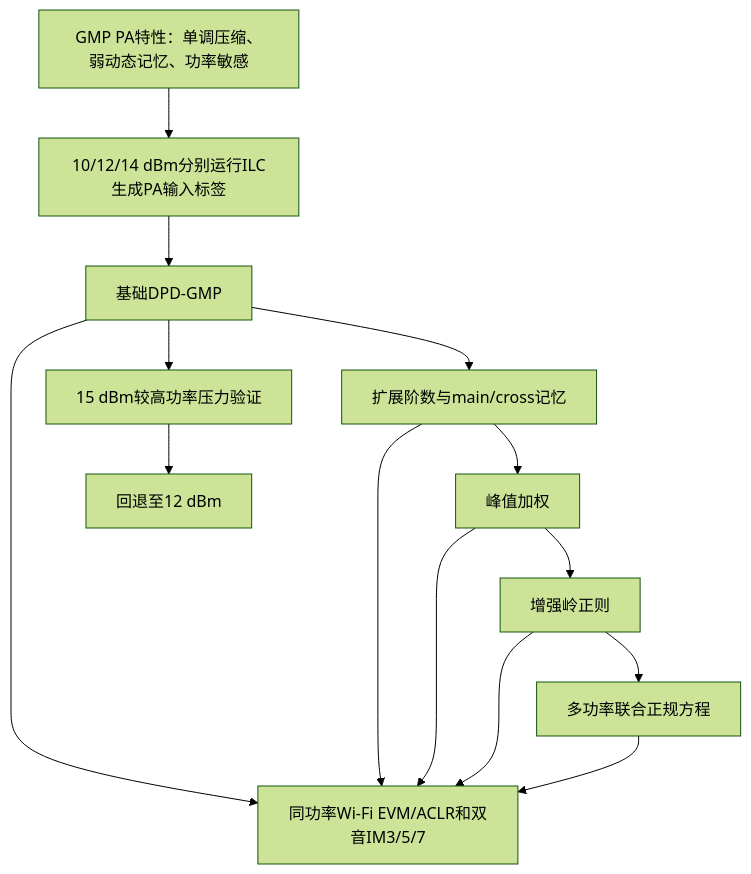
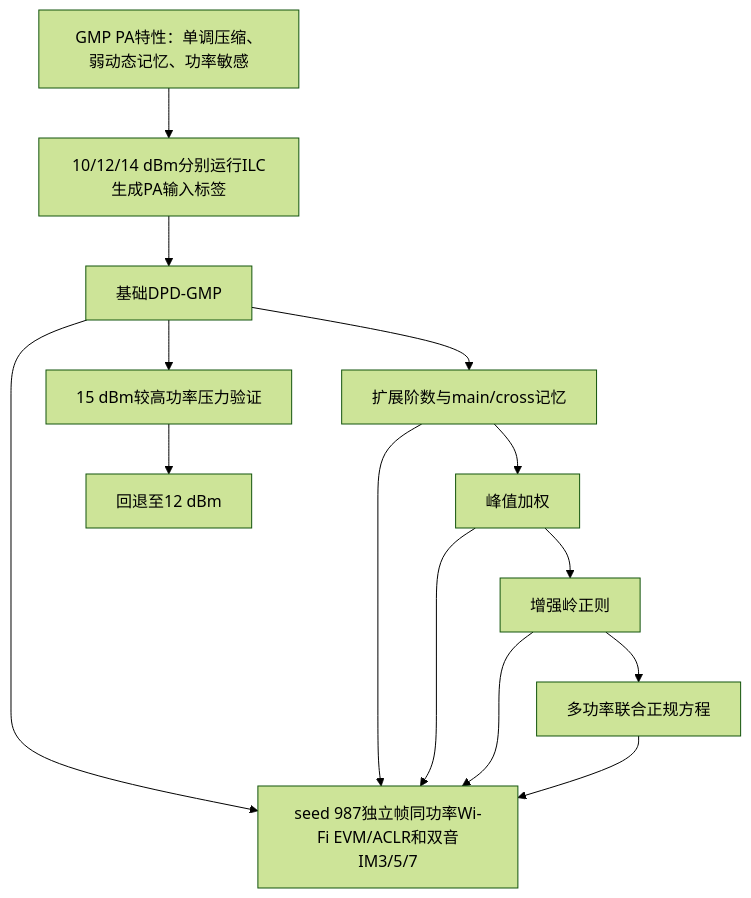
The second of 2 diagrams in doc/PaAnalyse.md (niyilu45/DPD_ILC), drawn with Mermaid (forest theme) before and after one commit. The commit also changed other lines of this file and 19 other files, not shown here.

````diff
--- a/doc/PaAnalyse.md
+++ b/doc/PaAnalyse.md
@@ -593,16 +593,16 @@
 ```mermaid
 flowchart TD
     paResult["GMP PA特性：单调压缩、弱动态记忆、功率敏感"] --> label["10/12/14 dBm分别运行ILC生成PA输入标签"]
     label --> basic["基础DPD-GMP"]
     basic --> memory["扩展阶数与main/cross记忆"]
     memory --> peak["峰值加权"]
     peak --> ridge["增强岭正则"]
     ridge --> multi["多功率联合正规方程"]
     basic --> stress["15 dBm较高功率压力验证"]
     stress --> backoff["回退至12 dBm"]
-    basic --> metrics["同功率Wi-Fi EVM/ACLR和双音IM3/5/7"]
+    basic --> metrics["seed 987独立帧同功率Wi-Fi EVM/ACLR和双音IM3/5/7"]
     memory --> metrics
     peak --> metrics
     ridge --> metrics
     multi --> metrics
 ```
````
